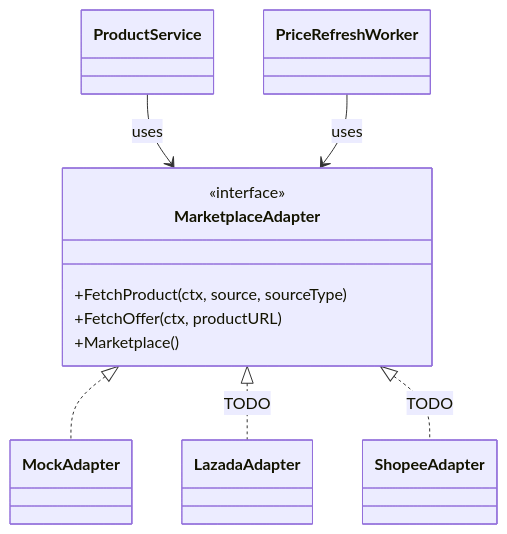
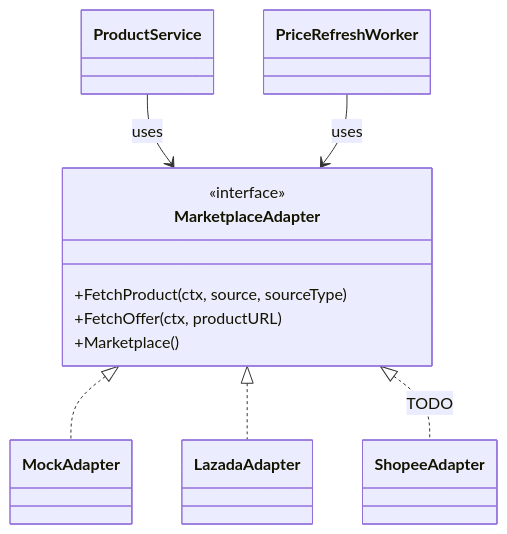
One commit to golfz/affiliate-platform changed the second of 2 diagrams in README.md. Above: the diagram before and after it, drawn with Mermaid.

````diff
--- a/README.md
+++ b/README.md
@@ -74,26 +74,26 @@
 ```mermaid
 classDiagram
   direction TB
 
   class ProductService
   class PriceRefreshWorker
   class MarketplaceAdapter {
     <<interface>>
     +FetchProduct(ctx, source, sourceType)
     +FetchOffer(ctx, productURL)
     +Marketplace()
   }
 
   class MockAdapter
   class LazadaAdapter
   class ShopeeAdapter
 
   %% "uses" dependencies
   ProductService --> MarketplaceAdapter : uses
   PriceRefreshWorker --> MarketplaceAdapter : uses
 
   %% "implements" relationships
   MarketplaceAdapter <|.. MockAdapter
-  MarketplaceAdapter <|.. LazadaAdapter : TODO
+  MarketplaceAdapter <|.. LazadaAdapter
   MarketplaceAdapter <|.. ShopeeAdapter : TODO
 ```
````
